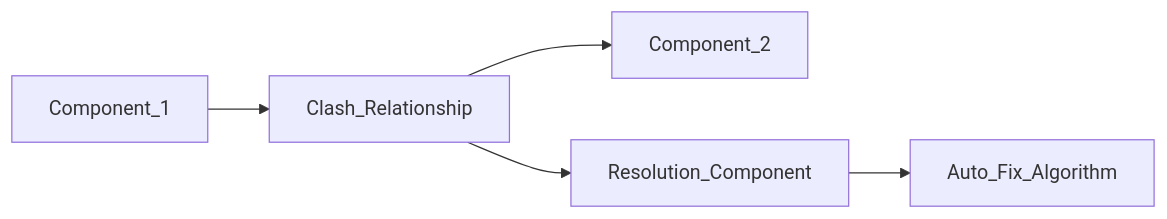
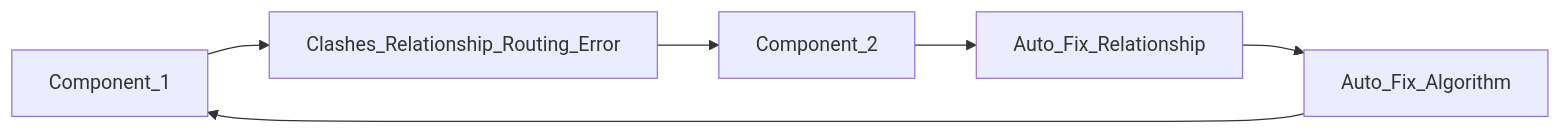
The fourth of 4 diagrams in README.md (magnetar-io/strange_matter_specification), drawn with Mermaid before and after one commit. The commit also changed other lines of this file and 3 other files, not shown here.

Commit message:
GrpahSequnceNumber to GraphSequence

````diff
--- a/README.md
+++ b/README.md
@@ -180,5 +109,5 @@
   ```mermaid
   flowchart LR
-    Component_1 --> Clash_Relationship --> Component_2
-    Clash_Relationship --> Resolution_Component --> Auto_Fix_Algorithm
-```
+      Component_1 --> Clashes_Relationship_Routing_Error
+  		 --> Component_2 -->Auto_Fix_Relationship-->Auto_Fix_Algorithm--> Component_1
+  ```
````
